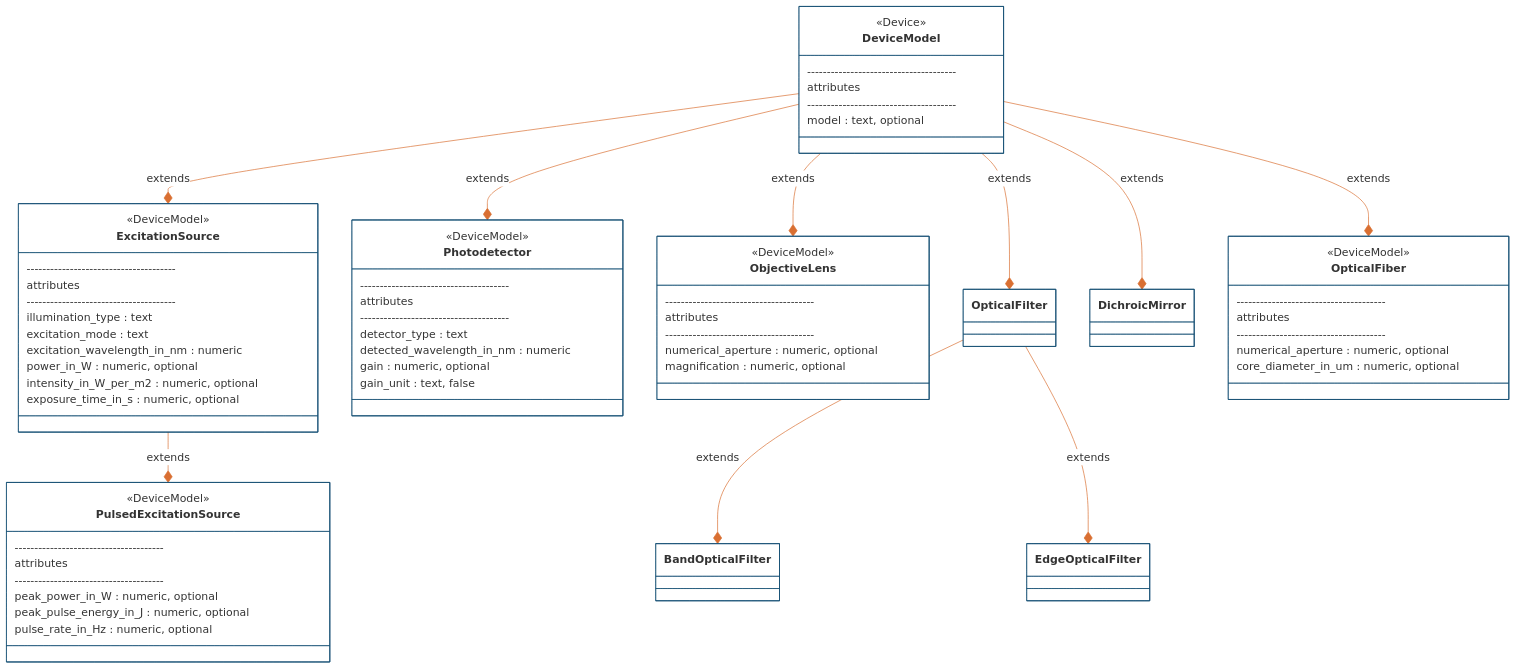
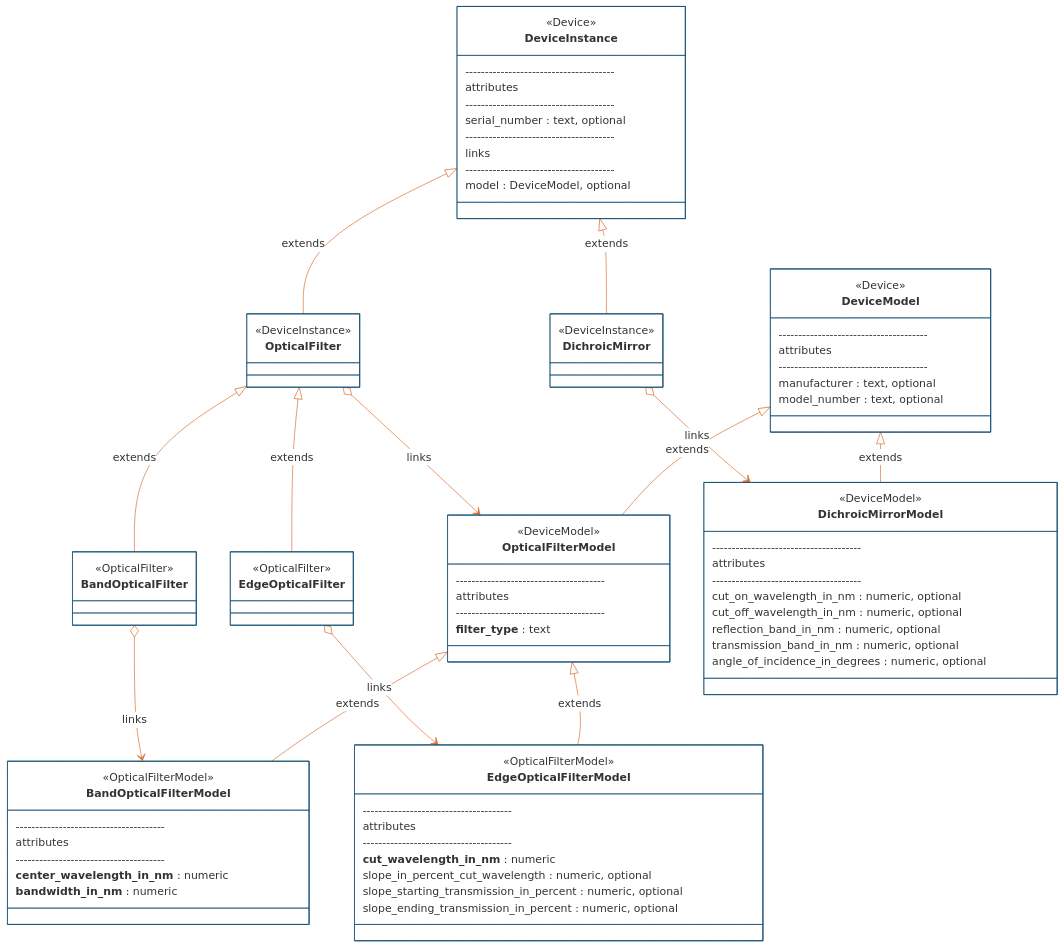
The fourth of 4 diagrams in README.md (catalystneuro/ndx-ophys-devices), drawn with Mermaid before and after one commit. The commit also changed other lines of this file and 14 other files, not shown here.

First line of the commit message:
Disambiguate the device model from device instance (#5)

````diff
--- a/README.md
+++ b/README.md
@@ -253,69 +513,99 @@
 ```mermaid
 %%{init: {'theme': 'base', 'themeVariables': {'primaryColor': '#ffffff', "primaryBorderColor': '#144E73', 'lineColor': '#D96F32'}}}%%
 classDiagram
-    direction BT
+    direction TB 
+    
     class DeviceModel{
         <<Device>>
         --------------------------------------
         attributes
         --------------------------------------
-        model : text, optional
+        manufacturer : text, optional
+        model_number : text, optional
     }
-    class ExcitationSource{
+    
+    class DeviceInstance{
+        <<Device>>
+        --------------------------------------
+        attributes
+        --------------------------------------
+        serial_number : text, optional
+        --------------------------------------
+        links
+        --------------------------------------
+        model : DeviceModel, optional
+    }
+    
+    class OpticalFilterModel{
         <<DeviceModel>>
         --------------------------------------
         attributes
         --------------------------------------
-        illumination_type : text
-        excitation_mode : text
-        excitation_wavelength_in_nm : numeric
-        power_in_W : numeric, optional
-        intensity_in_W_per_m2 : numeric, optional
-        exposure_time_in_s : numeric, optional
+        **filter_type** : text
     }
-    class PulsedExcitationSource{
+    
+    class OpticalFilter{
+        <<DeviceInstance>>
+    }
+    
+    class BandOpticalFilterModel{
+        <<OpticalFilterModel>>
+        --------------------------------------
+        attributes
+        --------------------------------------
+        **center_wavelength_in_nm** : numeric
+        **bandwidth_in_nm** : numeric
+    }
+    
+    class BandOpticalFilter{
+        <<OpticalFilter>>
+    }
+    
+    class EdgeOpticalFilterModel{
+        <<OpticalFilterModel>>
+        --------------------------------------
+        attributes
+        --------------------------------------
+        **cut_wavelength_in_nm** : numeric
+        slope_in_percent_cut_wavelength : numeric, optional
+        slope_starting_transmission_in_percent : numeric, optional
+        slope_ending_transmission_in_percent : numeric, optional
+    }
+    
+    class EdgeOpticalFilter{
+        <<OpticalFilter>>
+    }
+    
+    class DichroicMirrorModel{
         <<DeviceModel>>
         --------------------------------------
         attributes
         --------------------------------------
-        peak_power_in_W : numeric, optional
-        peak_pulse_energy_in_J : numeric, optional
-        pulse_rate_in_Hz : numeric, optional
-    }
-    class Photodetector{
-        <<DeviceModel>>
-        --------------------------------------
-        attributes
-        --------------------------------------
-        detector_type : text
-        detected_wavelength_in_nm : numeric
-        gain : numeric, optional
-        gain_unit : text, false
-    }
-    class ObjectiveLens{
-        <<DeviceModel>>
-        --------------------------------------
-        attributes
-        --------------------------------------
-        numerical_aperture : numeric, optional
-        magnification : numeric, optional
-    }
-    class OpticalFiber{
-        <<DeviceModel>>
-        --------------------------------------
-        attributes
-        --------------------------------------
-        numerical_aperture : numeric, optional
-        core_diameter_in_um : numeric, optional
+        cut_on_wavelength_in_nm : numeric, optional
+        cut_off_wavelength_in_nm : numeric, optional
+        reflection_band_in_nm : numeric, optional
+        transmission_band_in_nm : numeric, optional
+        angle_of_incidence_in_degrees : numeric, optional
     }
     
-    ExcitationSource *-- DeviceModel : extends
-    PulsedExcitationSource *-- ExcitationSource : extends
-    Photodetector *-- DeviceModel : extends
-    ObjectiveLens *-- DeviceModel : extends
-    OpticalFilter *-- DeviceModel : extends
-    BandOpticalFilter *-- OpticalFilter : extends
-    EdgeOpticalFilter *-- OpticalFilter : extends
-    DichroicMirror *-- DeviceModel : extends
-    OpticalFiber *-- DeviceModel : extends
+    class DichroicMirror{
+        <<DeviceInstance>>
+    }
+    
+
+    DeviceModel <|-- OpticalFilterModel : extends
+    DeviceInstance <|-- OpticalFilter : extends
+    OpticalFilter o--> OpticalFilterModel : links
+    
+    OpticalFilterModel <|-- BandOpticalFilterModel : extends
+    OpticalFilter <|-- BandOpticalFilter : extends
+    BandOpticalFilter o--> BandOpticalFilterModel : links
+    
+    OpticalFilterModel <|-- EdgeOpticalFilterModel : extends
+    OpticalFilter <|-- EdgeOpticalFilter : extends
+    EdgeOpticalFilter o--> EdgeOpticalFilterModel : links
+
+    DeviceModel <|-- DichroicMirrorModel : extends
+    DeviceInstance <|-- DichroicMirror : extends
+    DichroicMirror o--> DichroicMirrorModel : links
 ```
````
